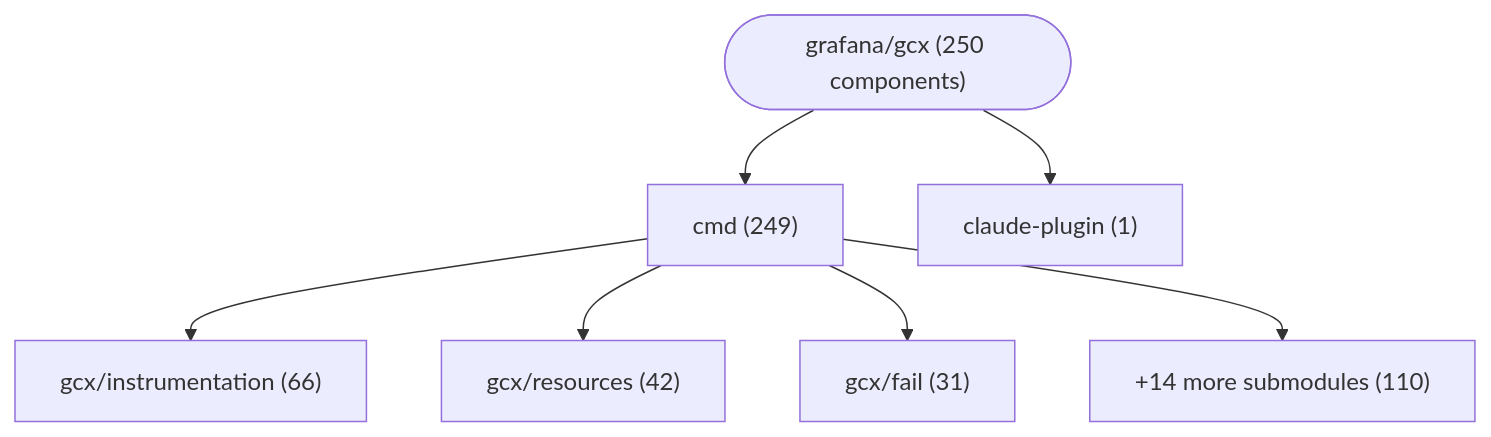
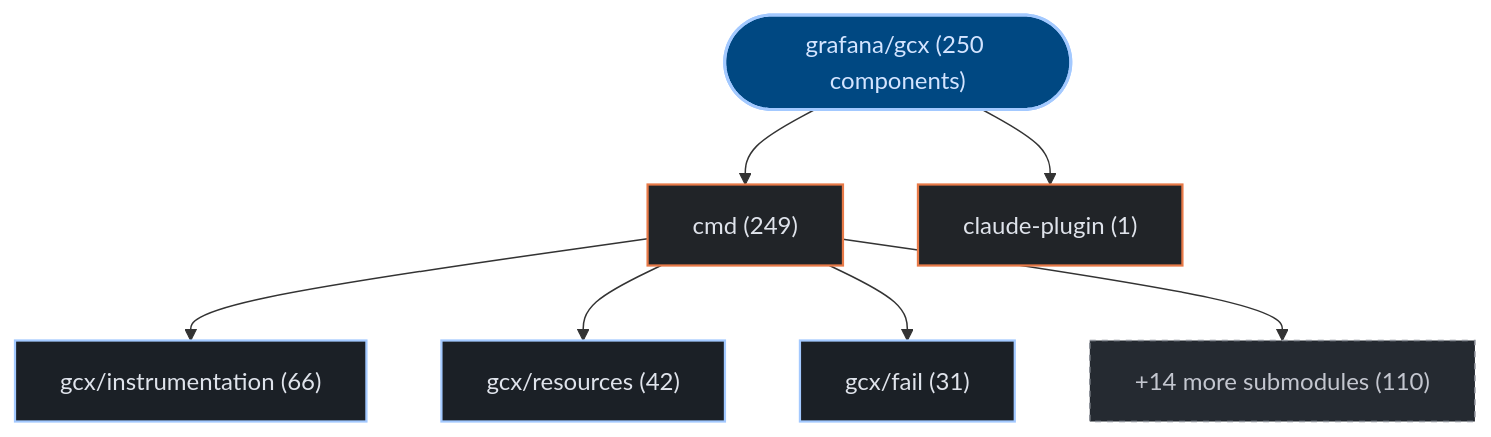
The first of 3 diagrams in exports/latest/reports/grafana-gcx-report.md (kumarshaz/atruss-code-atlas), drawn with Mermaid before and after one commit. The commit also changed other lines of this file and 331 other files, not shown here.

Commit message:
docs,ui,fix: update SDLC docs, reorder CI/CD DAG first, stylize Mermaid, and fix Arc42 pipeline topology

````diff
--- a/exports/latest/reports/grafana-gcx-report.md
+++ b/exports/latest/reports/grafana-gcx-report.md
@@ -42,16 +42,23 @@
 ```mermaid
 graph TD;
-    repo_root(["grafana/gcx (250 components)"])
-    dir_0_cmd["cmd (249)"]
+  classDef atlasRoot fill:#004882,stroke:#a3c9ff,stroke-width:2px,color:#d3e4ff
+  classDef atlasCategory fill:#212428,stroke:#E87A48,stroke-width:1.5px,color:#dfe3eb
+  classDef atlasWorkflow fill:#1b2026,stroke:#a3c9ff,stroke-width:1.5px,color:#dfe3eb
+  classDef atlasJob fill:#171c22,stroke:#8d9199,stroke-width:1px,color:#dfe3eb
+  classDef atlasTarget fill:#005227,stroke:#8bd99b,stroke-width:1.5px,color:#a7f6b6
+  classDef atlasAlert fill:#93000a,stroke:#ffb4ab,stroke-width:1.5px,color:#ffdad6
+  classDef atlasMore fill:#252a31,stroke:#8d9199,stroke-dasharray:4 4,color:#c3c6cf
+    repo_root(["grafana/gcx (250 components)"]):::atlasRoot
+    dir_0_cmd["cmd (249)"]:::atlasCategory
     repo_root --> dir_0_cmd
-    sub_0_0_gcx_instrumentation["gcx/instrumentation (66)"]
+    sub_0_0_gcx_instrumentation["gcx/instrumentation (66)"]:::atlasWorkflow
     dir_0_cmd --> sub_0_0_gcx_instrumentation
-    sub_0_1_gcx_resources["gcx/resources (42)"]
+    sub_0_1_gcx_resources["gcx/resources (42)"]:::atlasWorkflow
     dir_0_cmd --> sub_0_1_gcx_resources
-    sub_0_2_gcx_fail["gcx/fail (31)"]
+    sub_0_2_gcx_fail["gcx/fail (31)"]:::atlasWorkflow
     dir_0_cmd --> sub_0_2_gcx_fail
-    sub_0_more["+14 more submodules (110)"]
+    sub_0_more["+14 more submodules (110)"]:::atlasMore
     dir_0_cmd --> sub_0_more
-    dir_1_claude_plugin["claude-plugin (1)"]
+    dir_1_claude_plugin["claude-plugin (1)"]:::atlasCategory
     repo_root --> dir_1_claude_plugin
 ```
````
